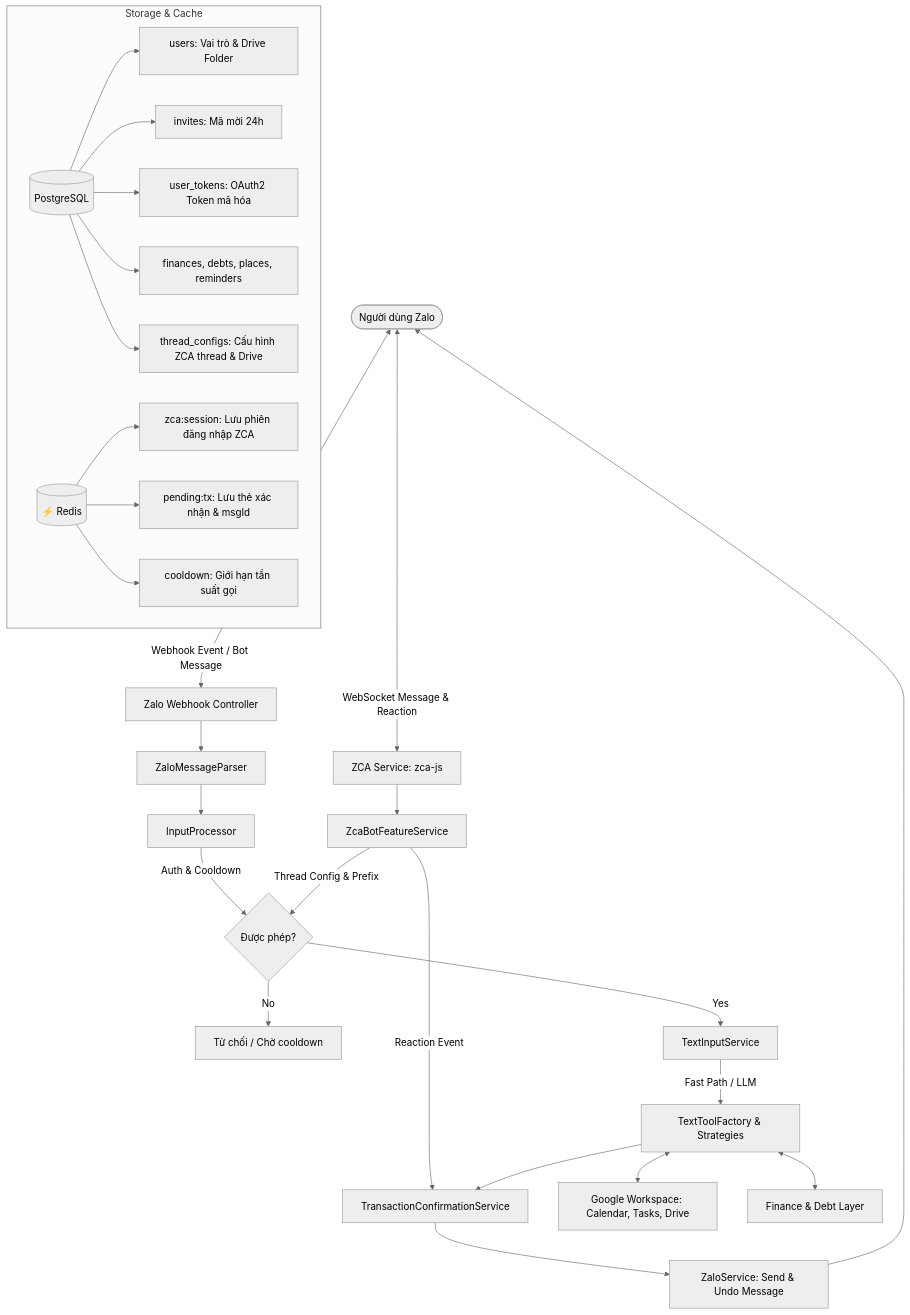
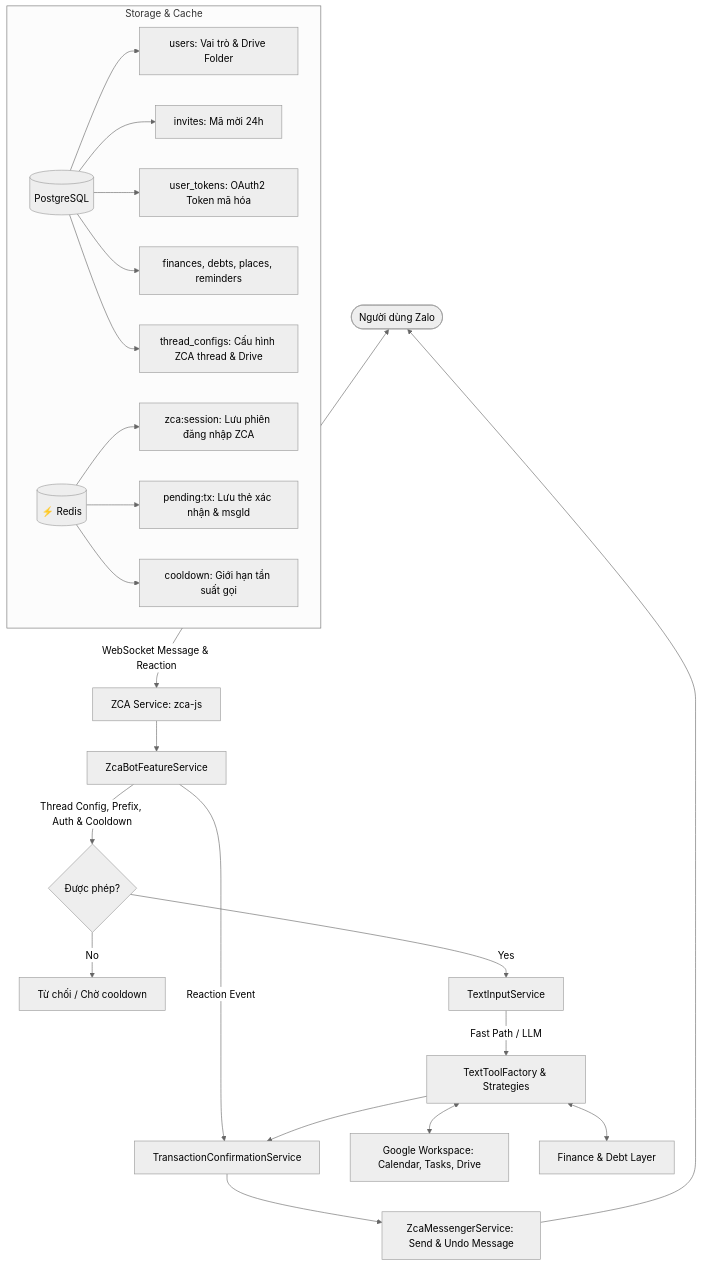
The diagram in docs/architecture.md (dat-dv/zalo-bot), drawn with Mermaid (neutral theme) before and after one commit. The commit also changed other lines of this file and 216 other files, not shown here.

First line of the commit message:
refactor(api): drop the official Zalo Bot webhook and run the bot on ZCA only

````diff
--- a/docs/architecture.md
+++ b/docs/architecture.md
@@ -20,37 +18,33 @@
 ```mermaid
 graph TD
-    User([Người dùng Zalo]) <-->|Webhook Event / Bot Message| ZL[Zalo Webhook Controller]
-    User <-->|WebSocket Message & Reaction| ZCA[ZCA Service: zca-js]
+    User([Người dùng Zalo]) <-->|WebSocket Message & Reaction| ZCA[ZCA Service: zca-js]
 
-    ZL --> Parser[ZaloMessageParser]
-    Parser --> Processor[InputProcessor]
     ZCA --> ZcaFeature[ZcaBotFeatureService]
 
-    Processor -->|Auth & Cooldown| Guard{Được phép?}
-    ZcaFeature -->|Thread Config & Prefix| Guard
+    ZcaFeature -->|Thread Config, Prefix, Auth & Cooldown| Guard{Được phép?}
 
     Guard -- No --> Reject[Từ chối / Chờ cooldown]
     Guard -- Yes --> TextService[TextInputService]
     ZcaFeature -->|Reaction Event| ConfirmService[TransactionConfirmationService]
 
     TextService -->|Fast Path / LLM| Factory[TextToolFactory & Strategies]
     Factory --> ConfirmService
-    ConfirmService --> Outbound[ZaloService: Send & Undo Message]
+    ConfirmService --> Outbound[ZcaMessengerService: Send & Undo Message]
     Outbound --> User
 
     Factory <--> Google[Google Workspace: Calendar, Tasks, Drive]
     Factory <--> Finance[Finance & Debt Layer]
 
     subgraph Storage & Cache
         DB[(PostgreSQL)]
         Redis[(⚡ Redis)]
         DB --> UsersTable[users: Vai trò & Drive Folder]
         DB --> InvitesTable[invites: Mã mời 24h]
         DB --> TokensTable[user_tokens: OAuth2 Token mã hóa]
         DB --> FinTable[finances, debts, places, reminders]
         DB --> ThreadTable[thread_configs: Cấu hình ZCA thread & Drive]
         Redis --> RSession[zca:session: Lưu phiên đăng nhập ZCA]
         Redis --> RConfirm[pending:tx: Lưu thẻ xác nhận & msgId]
         Redis --> RCooldown[cooldown: Giới hạn tần suất gọi]
     end
 ```
````
